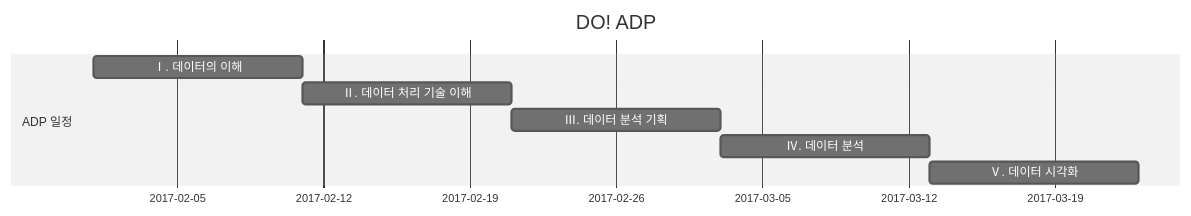
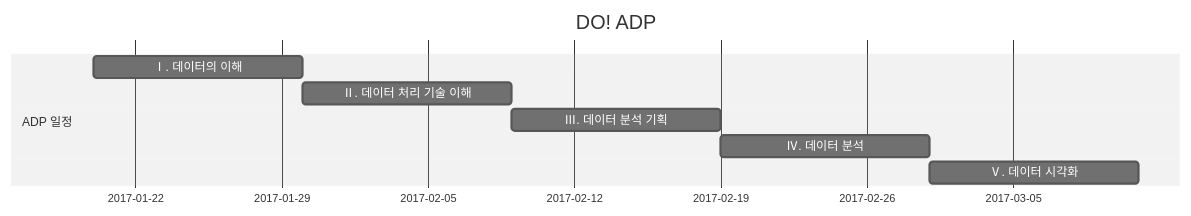
One commit to jacegem/Today-I-Learned changed the diagram in doc/adp.md. Above: the diagram before and after it, drawn with Mermaid (neutral theme).

Commit message:
Updates doc/adp.md
Auto commit by GitBook Editor

```diff
--- a/doc/adp.md
+++ b/doc/adp.md
@@ -3,11 +3,11 @@
 {% mermaid %}
 gantt
         dateFormat  YYYY-MM-DD
         title DO! ADP
         section ADP 일정
-        Ⅰ. 데이터의 이해         : Active, 2017-02-01, 10d
+        Ⅰ. 데이터의 이해         : Active, 2017-01-20, 10d
         Ⅱ. 데이터 처리 기술 이해              :  10d
         Ⅲ. 데이터 분석 기획              :  10d
         Ⅳ. 데이터 분석             :  10d
         Ⅴ. 데이터 시각화 : 10d
 {% endmermaid %}
```
